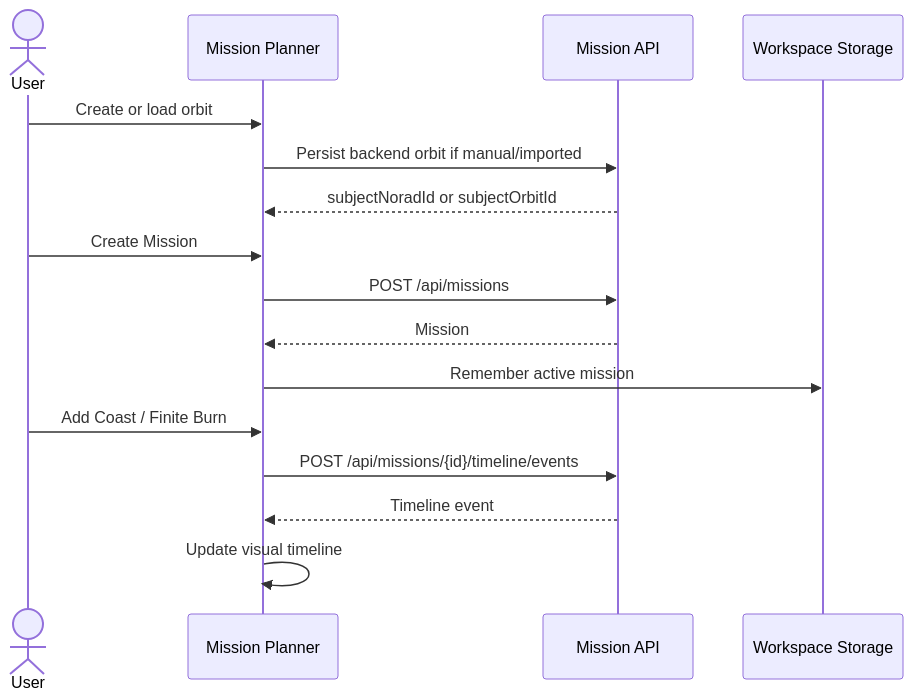
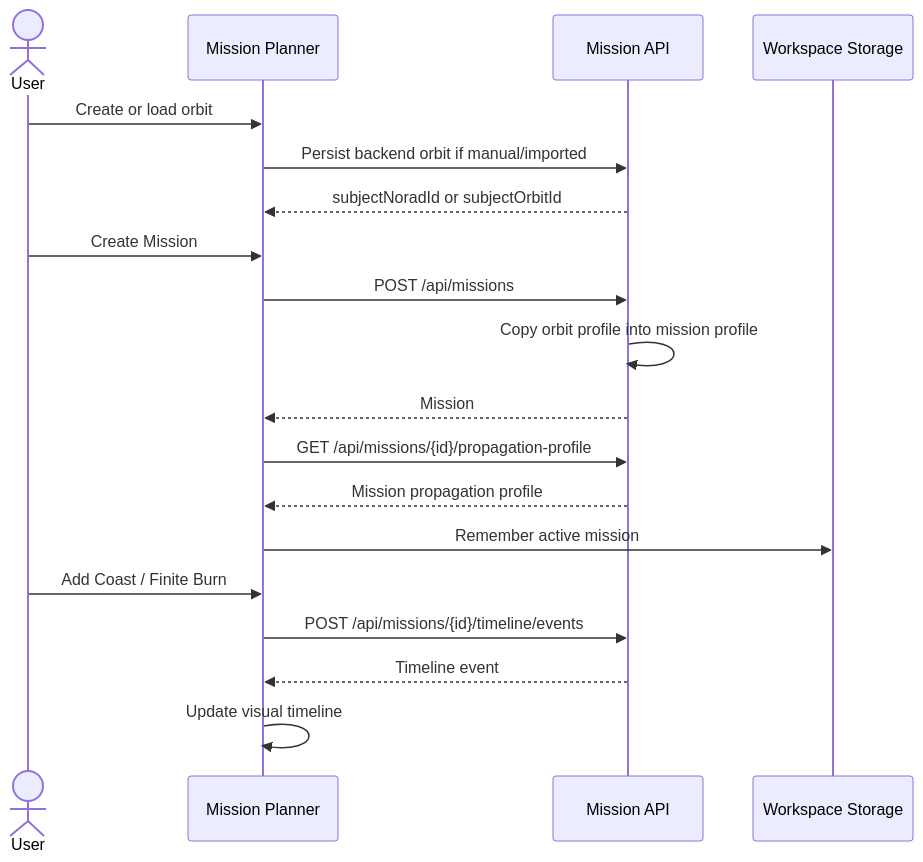
The sixth of 8 diagrams in README.md (MadhuSaini22/orbital-visualization-engine), drawn with Mermaid before and after one commit. The commit also changed other lines of this file and 16 other files, not shown here.

First line of the commit message:
feat(propagation): unify propagation profiles across orbit and mission lifecycle

````diff
--- a/README.md
+++ b/README.md
@@ -106,19 +169,22 @@
 ```mermaid
 sequenceDiagram
   actor User
   participant UI as Mission Planner
   participant API as Mission API
   participant Store as Workspace Storage
 
   User->>UI: Create or load orbit
   UI->>API: Persist backend orbit if manual/imported
   API-->>UI: subjectNoradId or subjectOrbitId
   User->>UI: Create Mission
   UI->>API: POST /api/missions
+  API->>API: Copy orbit profile into mission profile
   API-->>UI: Mission
+  UI->>API: GET /api/missions/{id}/propagation-profile
+  API-->>UI: Mission propagation profile
   UI->>Store: Remember active mission
   User->>UI: Add Coast / Finite Burn
   UI->>API: POST /api/missions/{id}/timeline/events
   API-->>UI: Timeline event
   UI->>UI: Update visual timeline
 ```
````
